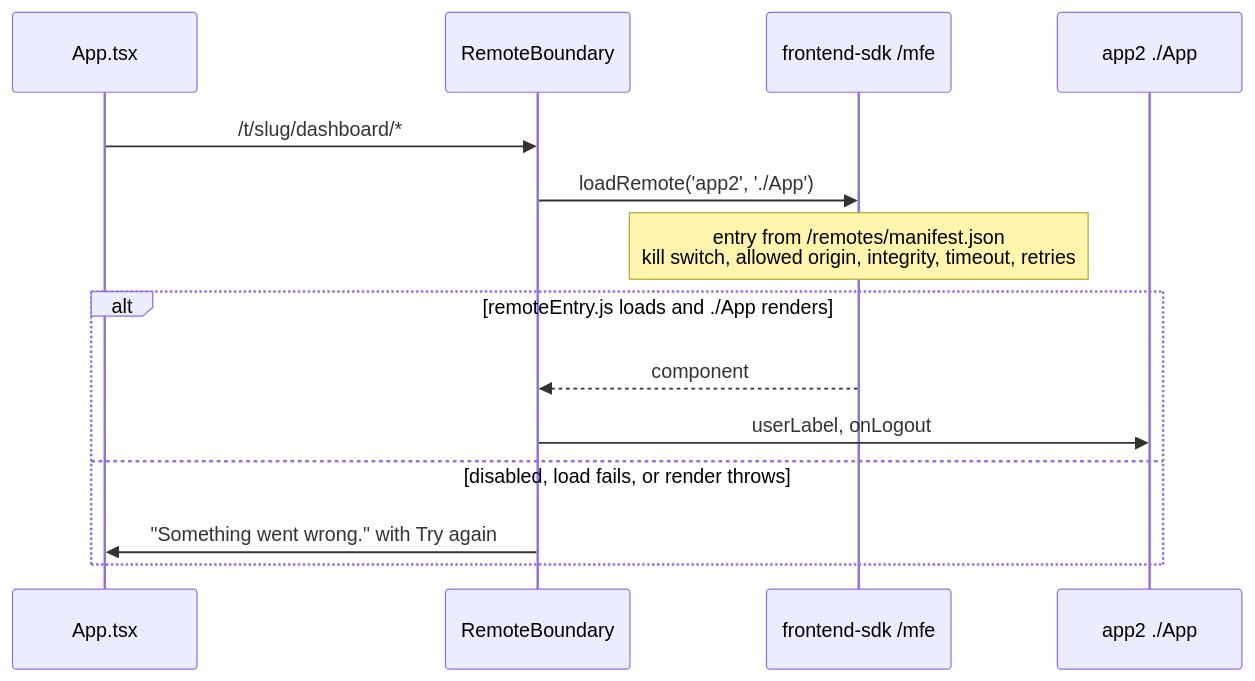
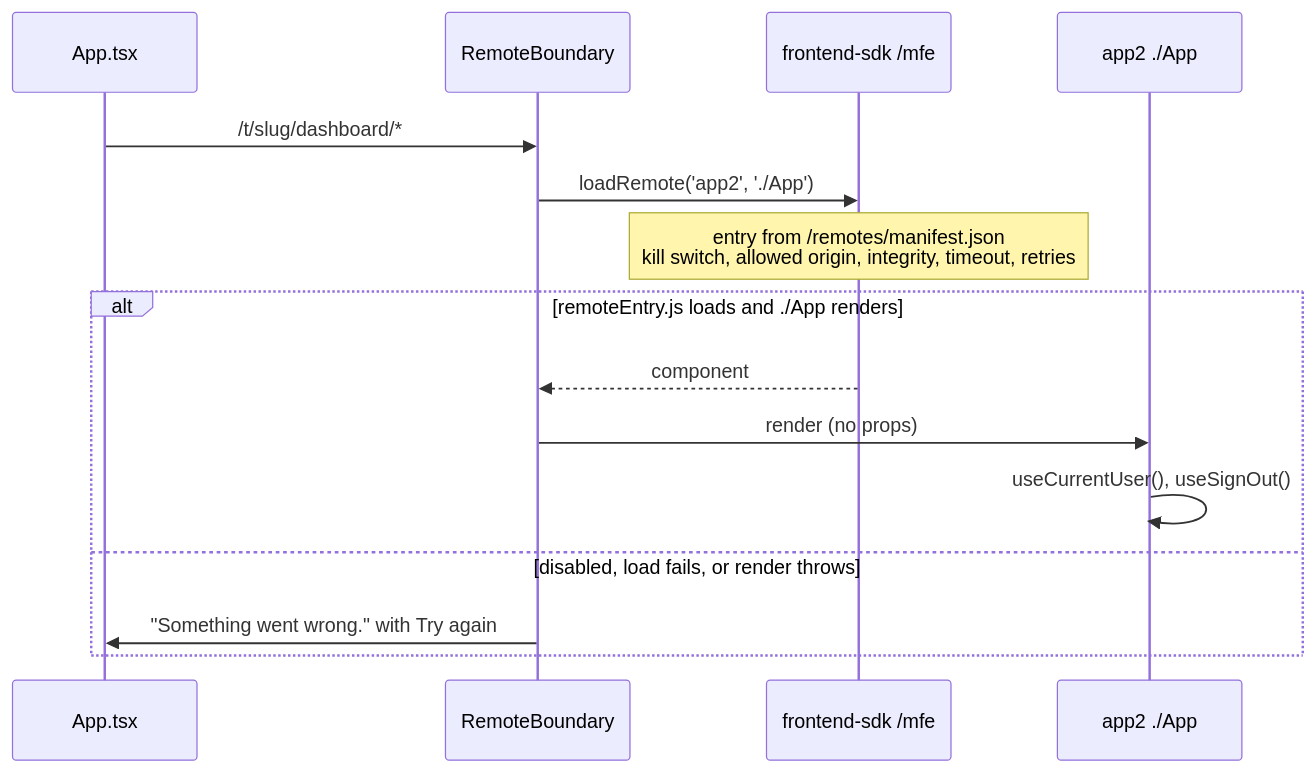
Before and after one commit to BCBP-SOLUTIONS-FZC-LLC/web-shell: the diagram in docs/architecture/mermaid/dashboard-load.mmd, drawn with Mermaid. The commit also changed 12 other files, not shown here.

First line of the commit message:
Stop passing props to app2; the remote uses the SDK hooks (#17)

```diff
--- a/docs/architecture/mermaid/dashboard-load.mmd
+++ b/docs/architecture/mermaid/dashboard-load.mmd
@@ -1,15 +1,16 @@
 sequenceDiagram
     participant App as App.tsx
     participant Boundary as RemoteBoundary
     participant MFE as frontend-sdk /mfe
     participant Remote as app2 ./App
 
     App->>Boundary: /t/slug/dashboard/*
     Boundary->>MFE: loadRemote('app2', './App')
     Note over MFE: entry from /remotes/manifest.json<br/>kill switch, allowed origin, integrity, timeout, retries
     alt remoteEntry.js loads and ./App renders
         MFE-->>Boundary: component
-        Boundary->>Remote: userLabel, onLogout
+        Boundary->>Remote: render (no props)
+        Remote->>Remote: useCurrentUser(), useSignOut()
     else disabled, load fails, or render throws
         Boundary->>App: "Something went wrong." with Try again
     end
```
